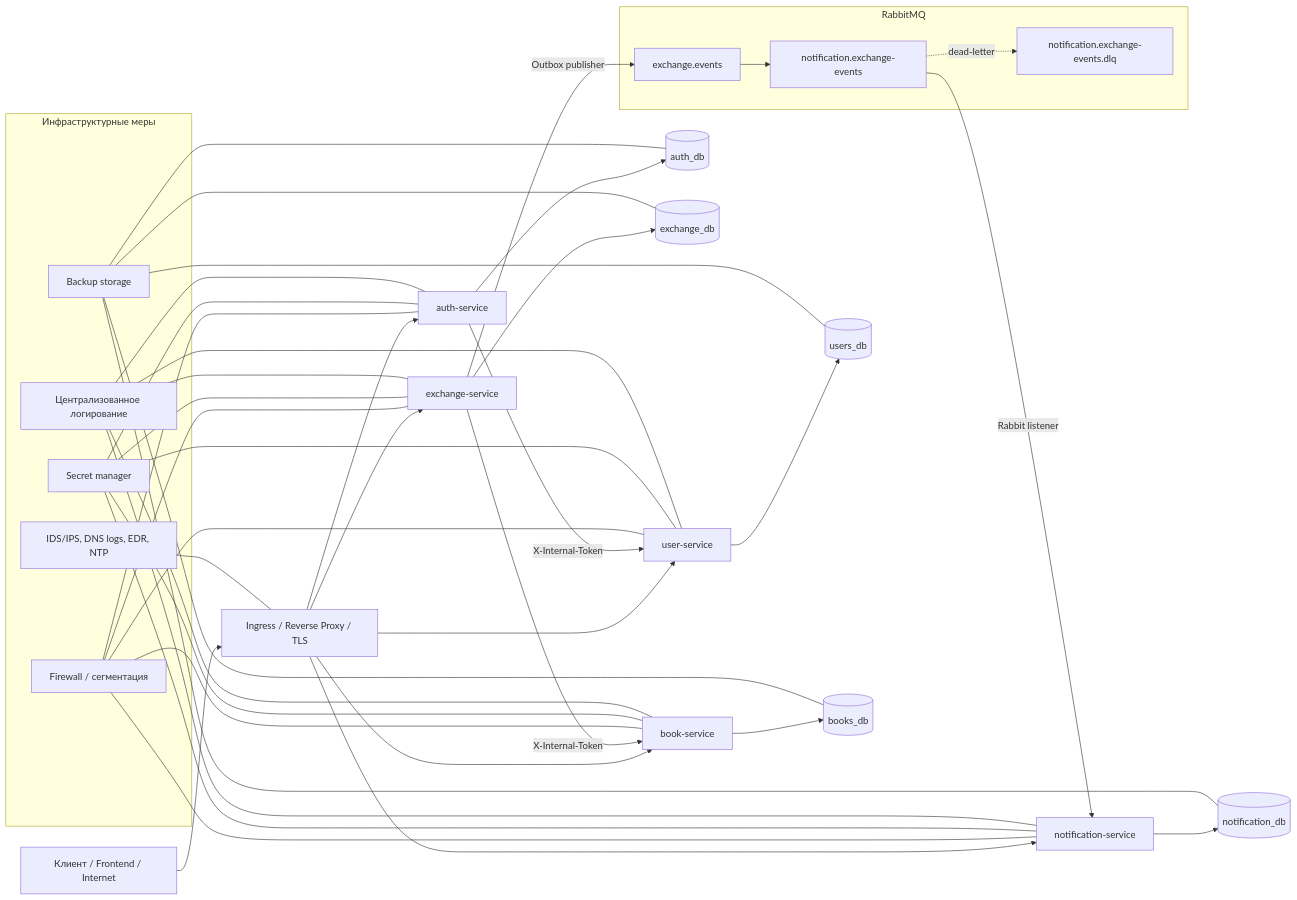
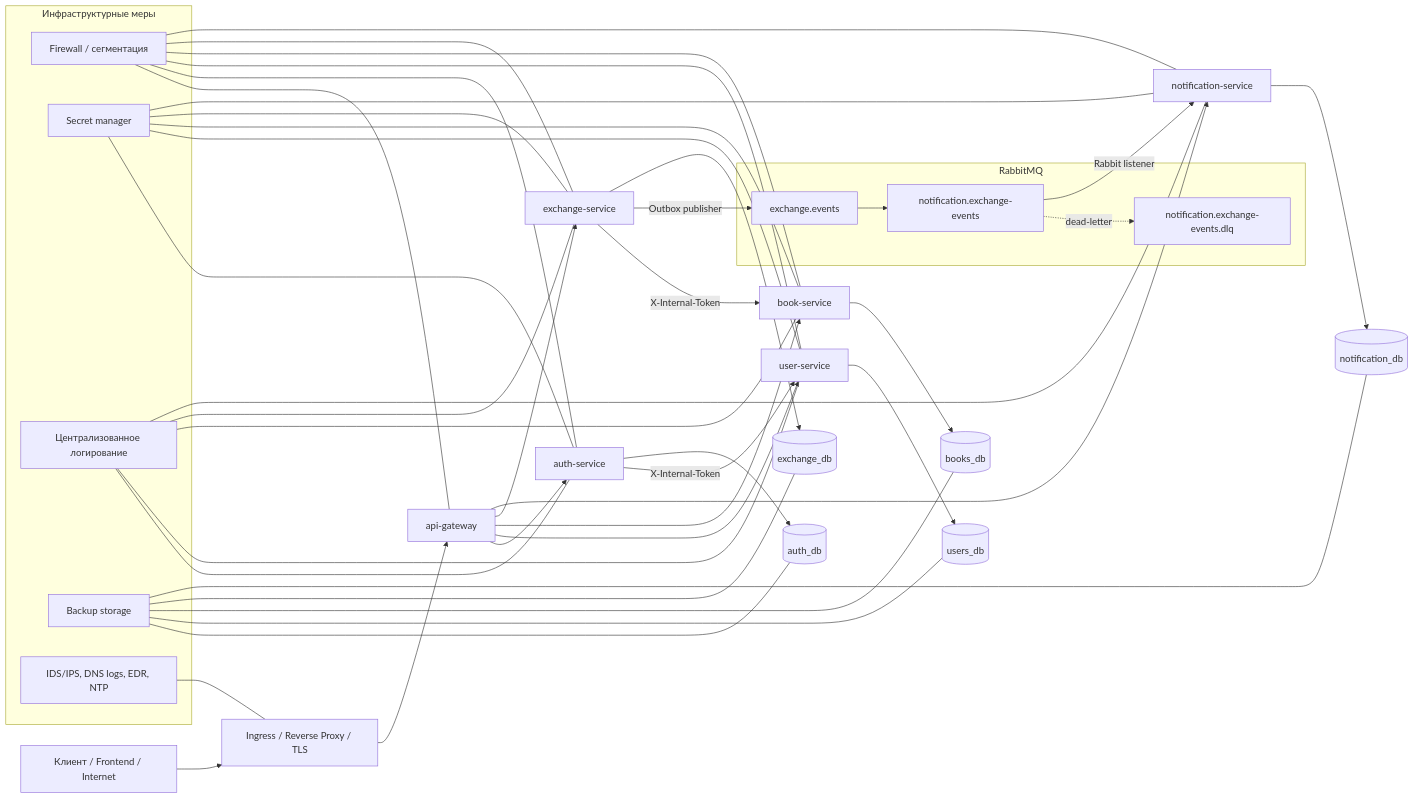
The diagram in docs/security/06-security-architecture.md (MikhailTereshchenk0/second-shelf), drawn with Mermaid before and after one commit. The commit also changed other lines of this file and 17 other files, not shown here.

````diff
--- a/docs/security/06-security-architecture.md
+++ b/docs/security/06-security-architecture.md
@@ -5,73 +5,76 @@
 ```mermaid
 flowchart LR
     Client["Клиент / Frontend / Internet"]
     Ingress["Ingress / Reverse Proxy / TLS"]
+    Gateway["api-gateway"]
 
     Auth["auth-service"]
     User["user-service"]
     Book["book-service"]
     Exchange["exchange-service"]
     Notification["notification-service"]
 
     AuthDb[("auth_db")]
     UserDb[("users_db")]
     BookDb[("books_db")]
     ExchangeDb[("exchange_db")]
     NotificationDb[("notification_db")]
 
     subgraph MQ["RabbitMQ"]
         Topic["exchange.events"]
         Queue["notification.exchange-events"]
         DLQ["notification.exchange-events.dlq"]
         Topic --> Queue
         Queue -. dead-letter .-> DLQ
     end
 
     subgraph Infra["Инфраструктурные меры"]
         FW["Firewall / сегментация"]
         SM["Secret manager"]
         SIEM["Централизованное логирование"]
         BAK["Backup storage"]
         SOC["IDS/IPS, DNS logs, EDR, NTP"]
     end
 
     Client --> Ingress
-    Ingress --> Auth
-    Ingress --> User
-    Ingress --> Book
-    Ingress --> Exchange
-    Ingress --> Notification
+    Ingress --> Gateway
+    Gateway --> Auth
+    Gateway --> User
+    Gateway --> Book
+    Gateway --> Exchange
+    Gateway --> Notification
 
     Auth -->|"X-Internal-Token"| User
     Exchange -->|"X-Internal-Token"| Book
     Exchange -->|"Outbox publisher"| Topic
     Queue -->|"Rabbit listener"| Notification
 
     Auth --> AuthDb
     User --> UserDb
     Book --> BookDb
     Exchange --> ExchangeDb
     Notification --> NotificationDb
 
+    FW --- Gateway
     FW --- Auth
     FW --- User
     FW --- Book
     FW --- Exchange
     FW --- Notification
     SM --- Auth
     SM --- User
     SM --- Book
     SM --- Exchange
     SM --- Notification
     SIEM --- Auth
     SIEM --- User
     SIEM --- Book
     SIEM --- Exchange
     SIEM --- Notification
     BAK --- AuthDb
     BAK --- UserDb
     BAK --- BookDb
     BAK --- ExchangeDb
     BAK --- NotificationDb
     SOC --- Ingress
 ```
````
